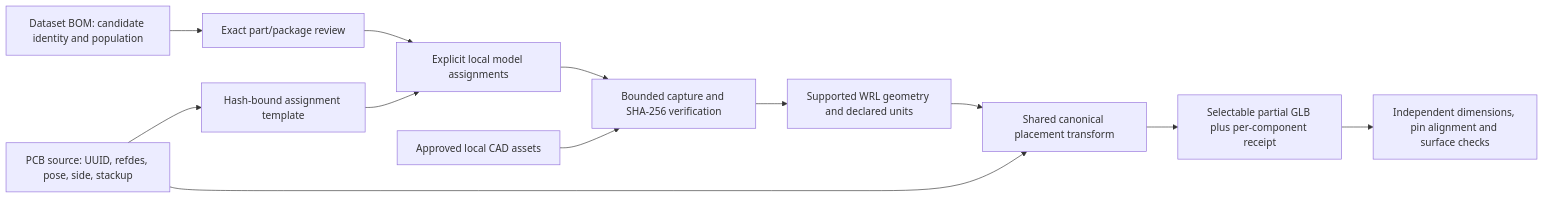
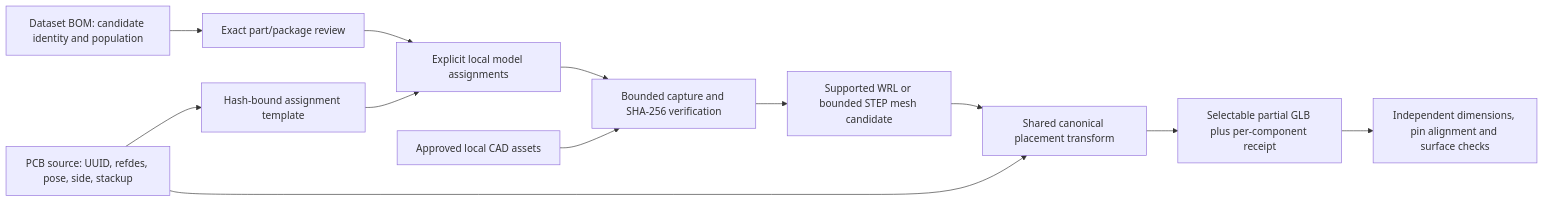
One commit to TokitoAI/tokito-cli changed the diagram in docs/MODEL_ASSIGNMENTS.md. Above: the diagram before and after it, drawn with Mermaid. The commit also changed other lines of this file and 266 other files, not shown here.

````diff
--- a/docs/MODEL_ASSIGNMENTS.md
+++ b/docs/MODEL_ASSIGNMENTS.md
@@ -10,14 +10,14 @@
 ```mermaid
 flowchart LR
   BOM[Dataset BOM: candidate identity and population] --> Review[Exact part/package review]
   PCB[PCB source: UUID, refdes, pose, side, stackup] --> Template[Hash-bound assignment template]
   Review --> Manifest[Explicit local model assignments]
   Template --> Manifest
   CAD[Approved local CAD assets] --> Capture[Bounded capture and SHA-256 verification]
   Manifest --> Capture
-  Capture --> Mesh[Supported WRL geometry and declared units]
+  Capture --> Mesh[Supported WRL or bounded STEP mesh candidate]
   PCB --> Pose[Shared canonical placement transform]
   Mesh --> Pose
   Pose --> GLB[Selectable partial GLB plus per-component receipt]
   GLB --> Engineering[Independent dimensions, pin alignment and surface checks]
 ```
````
